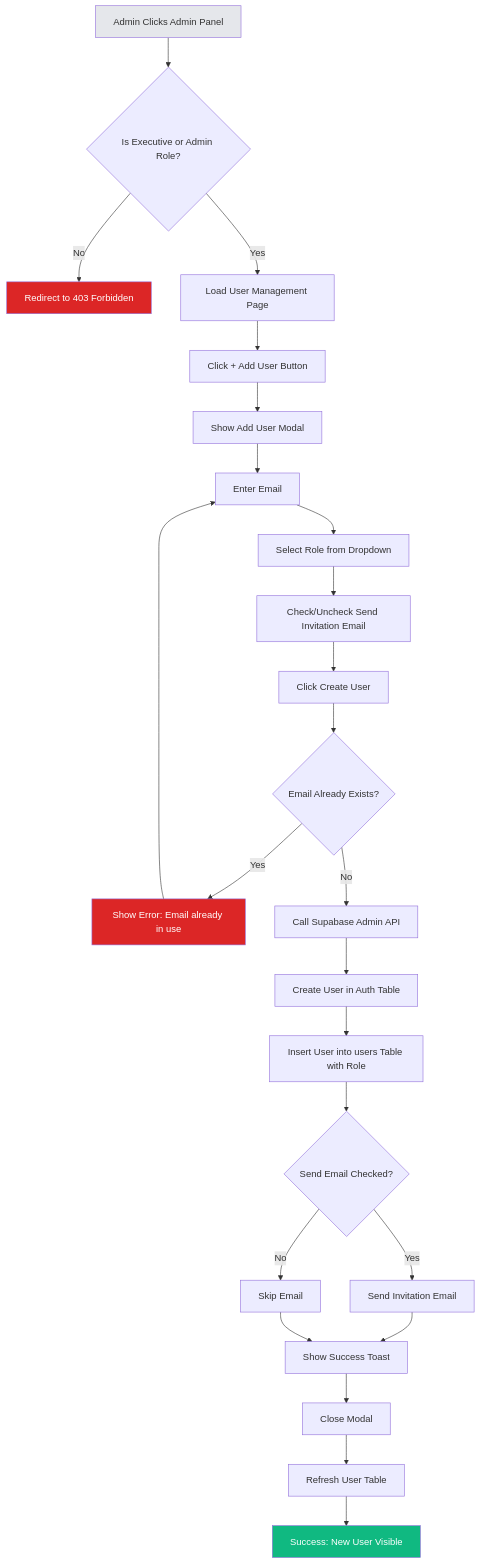
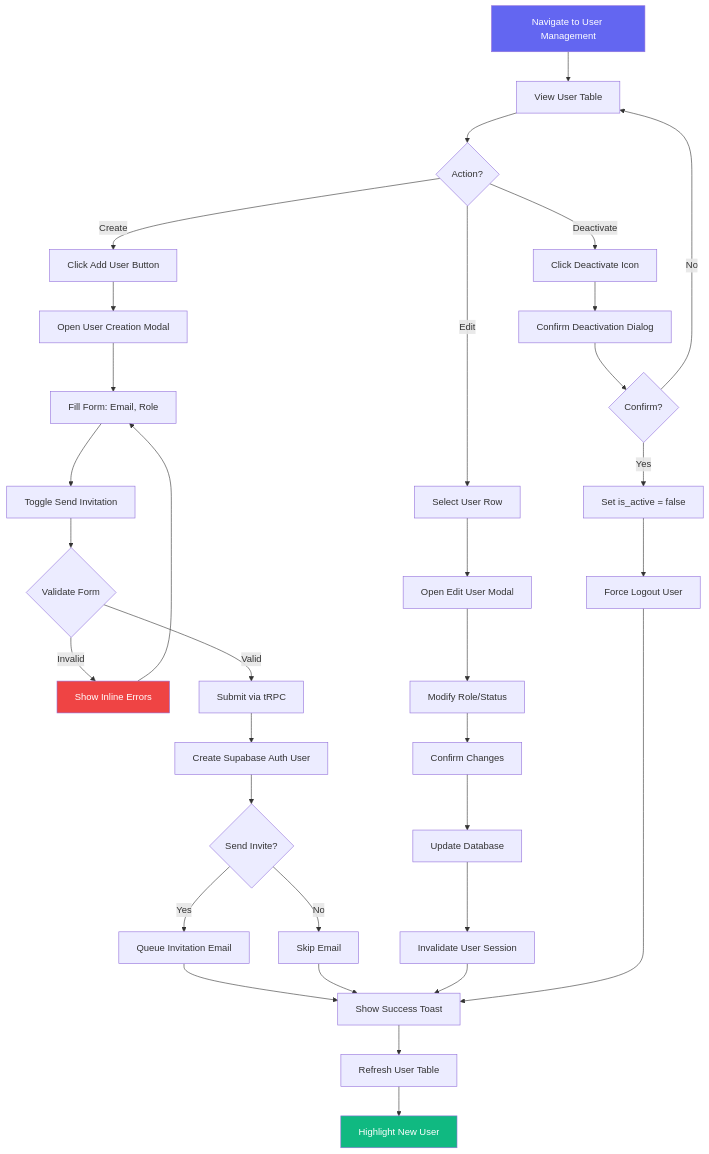
Before and after one commit to CoralShades/XeroPulse-V2: the fifth of 5 diagrams in docs/front-end-spec.md, drawn with Mermaid. The commit also changed other lines of this file and 73 other files, not shown here.

````diff
--- a/docs/front-end-spec.md
+++ b/docs/front-end-spec.md
@@ -335,31 +303,49 @@
 ```mermaid
 graph TD
-    A[Admin Clicks Admin Panel] --> B{Is Executive or Admin Role?}
-    B -->|No| C[Redirect to 403 Forbidden]
-    B -->|Yes| D[Load User Management Page]
-    D --> E[Click + Add User Button]
-    E --> F[Show Add User Modal]
-    F --> G[Enter Email]
-    G --> H[Select Role from Dropdown]
-    H --> I[Check/Uncheck Send Invitation Email]
-    I --> J[Click Create User]
-    J --> K{Email Already Exists?}
-    K -->|Yes| L[Show Error: Email already in use]
-    L --> G
-    K -->|No| M[Call Supabase Admin API]
-    M --> N[Create User in Auth Table]
-    N --> O[Insert User into users Table with Role]
-    O --> P{Send Email Checked?}
-    P -->|Yes| Q[Send Invitation Email]
-    P -->|No| R[Skip Email]
-    Q --> S[Show Success Toast]
-    R --> S
-    S --> T[Close Modal]
-    T --> U[Refresh User Table]
-    U --> V[Success: New User Visible]
+    A[Navigate to User Management] --> B[View User Table]
+    B --> C{Action?}
 
-    style A fill:#E5E7EB
-    style V fill:#10B981,color:#fff
-    style L fill:#DC2626,color:#fff
-    style C fill:#DC2626,color:#fff
+    C -->|Create| D[Click Add User Button]
+    C -->|Edit| E[Select User Row]
+    C -->|Deactivate| F[Click Deactivate Icon]
+
+    D --> G[Open User Creation Modal]
+    G --> H[Fill Form: Email, Role]
+    H --> I[Toggle Send Invitation]
+    I --> J{Validate Form}
+
+    J -->|Invalid| K[Show Inline Errors]
+    J -->|Valid| L[Submit via tRPC]
+
+    K --> H
+
+    L --> M[Create Supabase Auth User]
+    M --> N{Send Invite?}
+
+    N -->|Yes| O[Queue Invitation Email]
+    N -->|No| P[Skip Email]
+
+    O --> Q[Show Success Toast]
+    P --> Q
+
+    Q --> R[Refresh User Table]
+    R --> S[Highlight New User]
+
+    E --> T[Open Edit User Modal]
+    T --> U[Modify Role/Status]
+    U --> V[Confirm Changes]
+    V --> W[Update Database]
+    W --> X[Invalidate User Session]
+    X --> Q
+
+    F --> Y[Confirm Deactivation Dialog]
+    Y --> Z{Confirm?}
+    Z -->|Yes| AA[Set is_active = false]
+    Z -->|No| B
+    AA --> AB[Force Logout User]
+    AB --> Q
+
+    style A fill:#6366F1,color:#fff
+    style S fill:#10B981,color:#fff
+    style K fill:#EF4444,color:#fff
 ```
````
